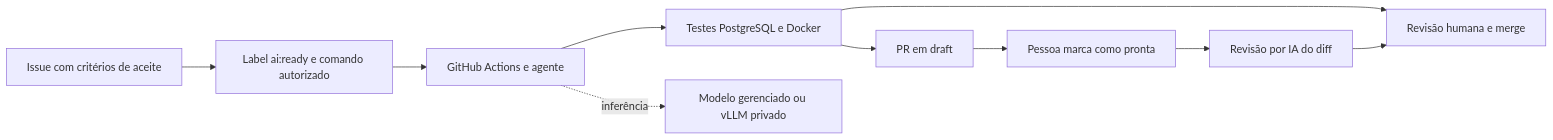
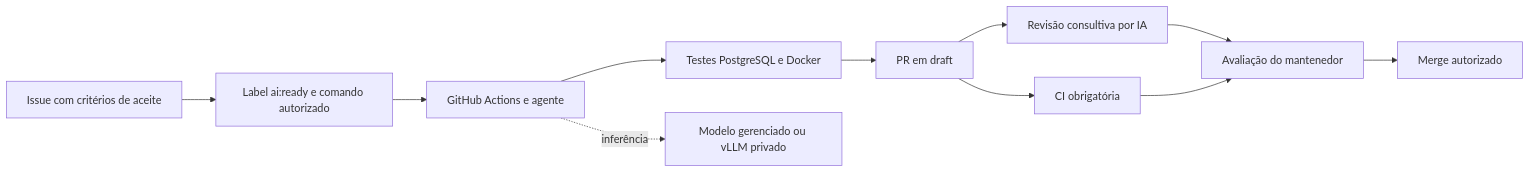
Before and after one commit to lucasnscr/issue-to-pr-ai: the diagram in README.md, drawn with Mermaid. The commit also changed 17 other files, not shown here.

````diff
--- a/README.md
+++ b/README.md
@@ -11,12 +11,13 @@
 ```mermaid
 flowchart LR
   I[Issue com critérios de aceite] --> G[Label ai:ready e comando autorizado]
   G --> A[GitHub Actions e agente]
   A --> C[Testes PostgreSQL e Docker]
   C --> P[PR em draft]
-  P --> H[Pessoa marca como pronta]
-  H --> R[Revisão por IA do diff]
-  C --> M[Revisão humana e merge]
-  R --> M
+  P --> R[Revisão consultiva por IA]
+  P --> K[CI obrigatória]
+  R --> H[Avaliação do mantenedor]
+  K --> H
+  H --> M[Merge autorizado]
   A -. inferência .-> L[Modelo gerenciado ou vLLM privado]
 ```
````
